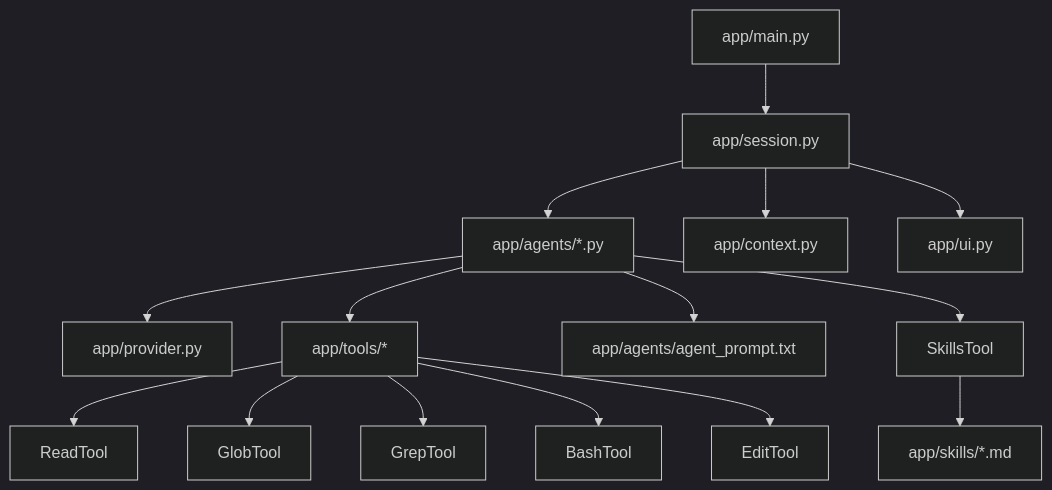
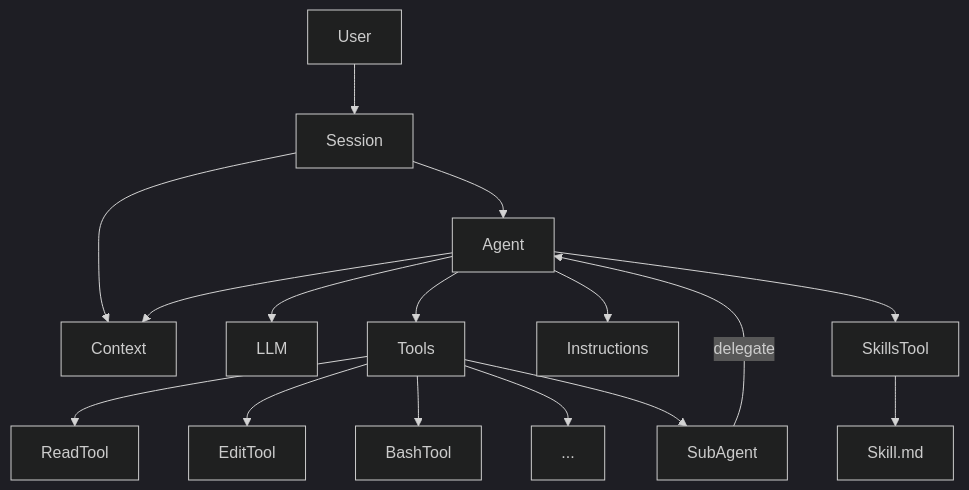
Before and after one commit to mlorthiois/smolcode: the second of 2 diagrams in README.md, drawn with Mermaid (dark theme). The commit also changed 32 other files, not shown here.

First line of the commit message:
♻️: Agents/Subagents/Skills as declarative markdown + Central registry

````diff
--- a/README.md
+++ b/README.md
@@ -85,19 +85,22 @@
 ```mermaid
-flowchart TD
-  main[app/main.py] --> session[app/session.py]
-  session --> agent[app/agents/*.py]
-  session --> context[app/context.py]
-  agent --> api[app/provider.py]
-  agent --> tools[app/tools/*]
-  agent --> prompt[app/agents/agent_prompt.txt]
+flowchart 
+  User --> session[Session]
+  session --> agent[Agent]
+  session --> context[Context]
+
+  agent --> api[LLM]
+  agent --> tools[Tools]
+  agent --> prompt[Instructions]
+  agent --> context
 
   tools --> read[ReadTool]
-  tools --> glob[GlobTool]
-  tools --> grep[GrepTool]
+  tools --> edit[EditTool]
   tools --> bash[BashTool]
-  tools --> edit[EditTool]
+  tools --> ...
+  tools --> subagent[SubAgent]
+
+  subagent -->|delegate| agent
 
   agent --> skillsTool[SkillsTool]
-  skillsTool --> skillsMd[app/skills/*.md]
-  session --> ui[app/ui.py]
+  skillsTool --> Skill.md
 ```
````
